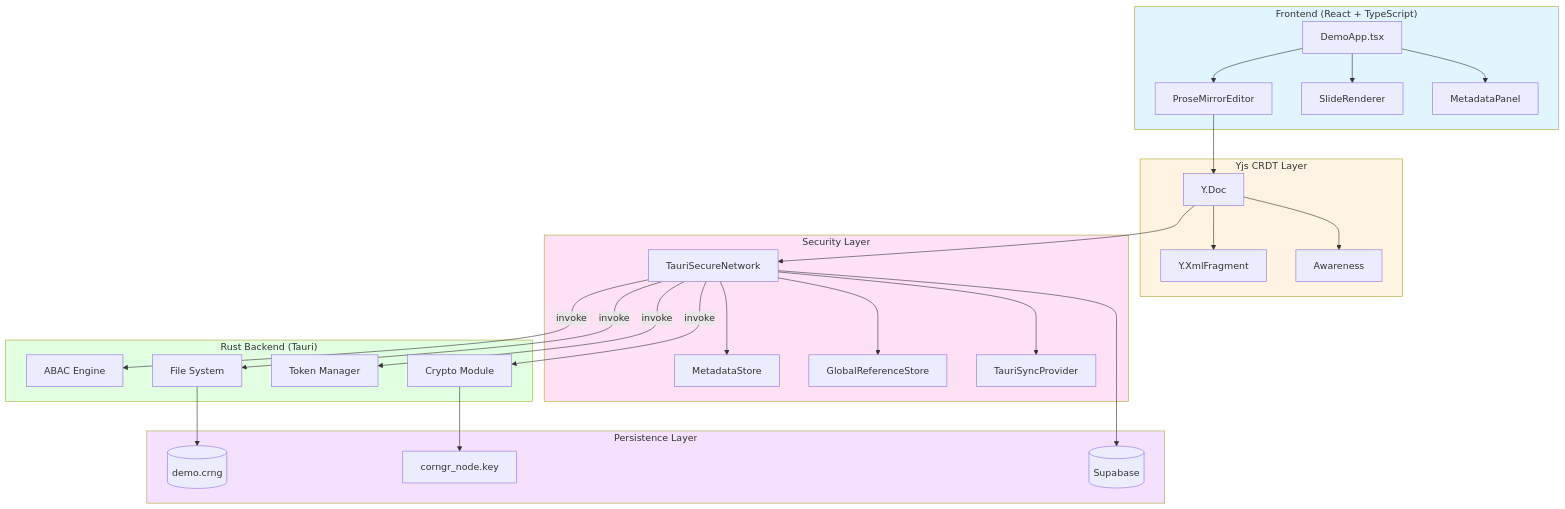
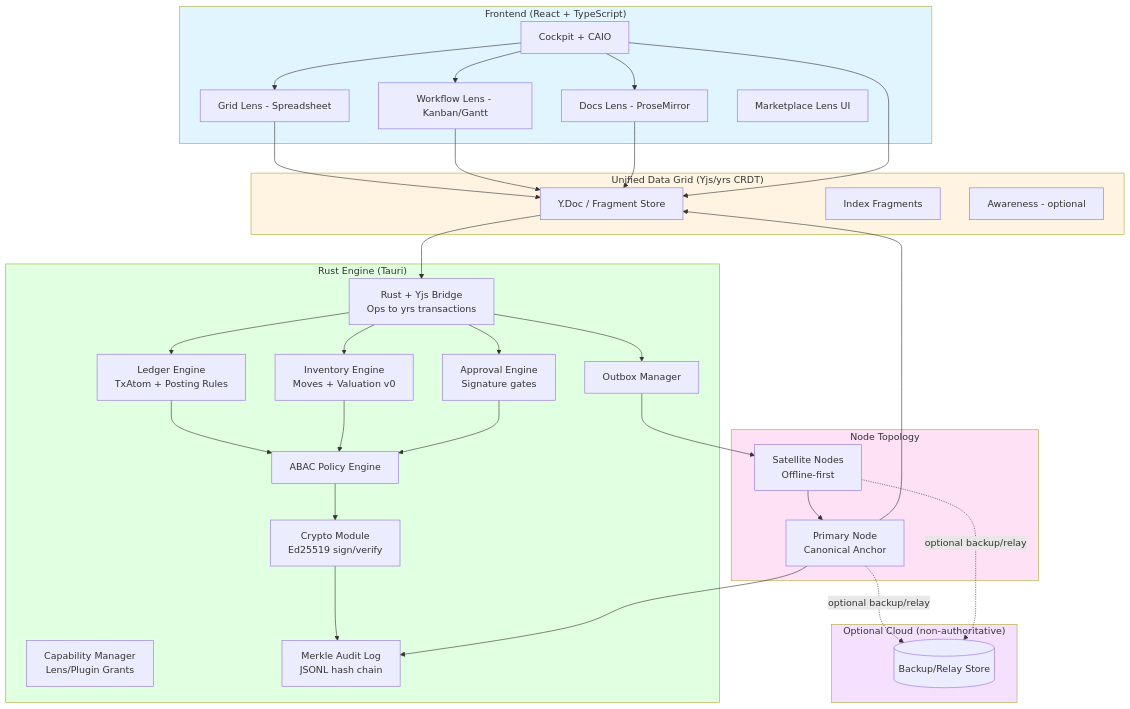
One commit to kirk-dot-com/corngr changed the first of 5 diagrams in ARCHITECTURE.md. Above: the diagram before and after it, drawn with Mermaid. The commit also changed other lines of this file and 3 other files, not shown here.

First line of the commit message:
docs: add Corngr-ERP system reference documents

````diff
--- a/ARCHITECTURE.md
+++ b/ARCHITECTURE.md
@@ -34,63 +55,71 @@
 ```mermaid
 graph TD
     subgraph Frontend["Frontend (React + TypeScript)"]
-        A[DemoApp.tsx]
-        B[ProseMirrorEditor]
-        C[SlideRenderer]
-        D[MetadataPanel]
-        
+        A[Cockpit + CAIO]
+        B[Grid Lens - Spreadsheet]
+        C[Workflow Lens - Kanban/Gantt]
+        D[Docs Lens - ProseMirror]
+        E[Marketplace Lens UI]
         A --> B
         A --> C
         A --> D
     end
-    
-    subgraph YjsLayer["Yjs CRDT Layer"]
-        E[Y.Doc]
-        F[Y.XmlFragment]
-        G[Awareness]
-        
-        B --> E
-        E --> F
-        E --> G
+
+    subgraph Grid["Unified Data Grid (Yjs/yrs CRDT)"]
+        F[Y.Doc / Fragment Store]
+        G[Index Fragments]
+        H[Awareness - optional]
     end
-    
-    subgraph SecurityLayer["Security Layer"]
-        H[TauriSecureNetwork]
-        I[MetadataStore]
-        J[GlobalReferenceStore]
-        K[TauriSyncProvider]
-        
-        E --> H
-        H --> I
-        H --> J
-        H --> K
+
+    subgraph Engine["Rust Engine (Tauri)"]
+        I[Rust + Yjs Bridge<br/>Ops to yrs transactions]
+        J[ABAC Policy Engine]
+        K[Crypto Module<br/>Ed25519 sign/verify]
+        L[Ledger Engine<br/>TxAtom + Posting Rules]
+        M[Inventory Engine<br/>Moves + Valuation v0]
+        N[Approval Engine<br/>Signature gates]
+        O[Capability Manager<br/>Lens/Plugin Grants]
+        P[Outbox Manager]
+        Q[Merkle Audit Log<br/>JSONL hash chain]
     end
-    
-    subgraph RustBackend["Rust Backend (Tauri)"]
-        L[ABAC Engine]
-        M[Crypto Module]
-        N[Token Manager]
-        O[File System]
-        
-        H -->|invoke| L
-        H -->|invoke| M
-        H -->|invoke| N
-        H -->|invoke| O
+
+    subgraph Topology["Node Topology"]
+        R[Primary Node<br/>Canonical Anchor]
+        S[Satellite Nodes<br/>Offline-first]
     end
-    
-    subgraph Persistence["Persistence Layer"]
-        P[(demo.crng)]
-        Q[corngr_node.key]
-        R[(Supabase)]
-        
-        O --> P
-        M --> Q
-        H --> R
+
+    subgraph OptionalCloud["Optional Cloud (non-authoritative)"]
+        T[(Backup/Relay Store)]
     end
-    
+
+    B --> F
+    C --> F
+    D --> F
+    A --> F
+
+    F --> I
+    I --> L
+    I --> M
+    I --> N
+
+    L --> J
+    M --> J
+    N --> J
+    J --> K
+    K --> Q
+    I --> P
+
+    P --> S
+    S --> R
+    R --> Q
+    R --> F
+
+    R -. optional backup/relay .-> T
+    S -. optional backup/relay .-> T
+
     style Frontend fill:#e1f5ff
-    style YjsLayer fill:#fff4e1
-    style SecurityLayer fill:#ffe1f5
-    style RustBackend fill:#e1ffe1
-    style Persistence fill:#f5e1ff
+    style Grid fill:#fff4e1
+    style Engine fill:#e1ffe1
+    style Topology fill:#ffe1f5
+    style OptionalCloud fill:#f5e1ff
 ```
````
